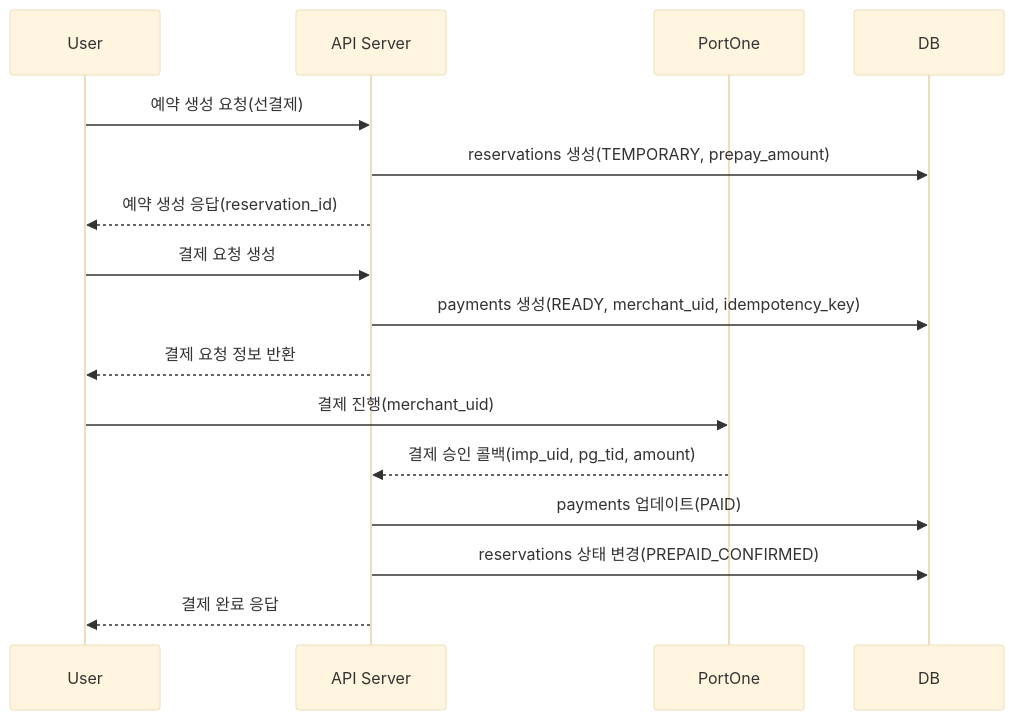
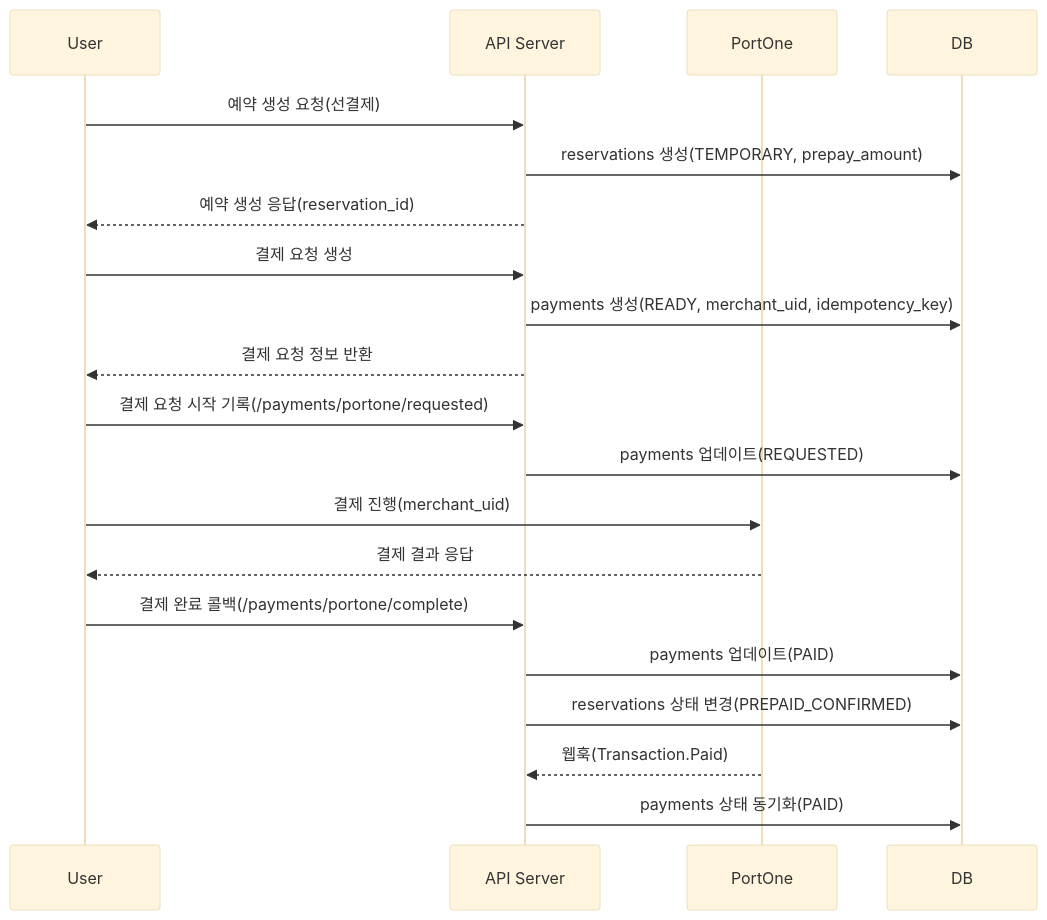
One commit to Santiago-kwp/LunchGO changed the second of 2 diagrams in docs/payment-api-sequence.md. Above: the diagram before and after it, drawn with Mermaid (base theme). The commit also changed other lines of this file and 11 other files, not shown here.

````diff
--- a/docs/payment-api-sequence.md
+++ b/docs/payment-api-sequence.md
@@ -31,21 +36,26 @@
 ```mermaid
 sequenceDiagram
   participant U as User
   participant A as API Server
   participant P as PortOne
   participant D as DB
 
   U->>A: 예약 생성 요청(선결제)
   A->>D: reservations 생성(TEMPORARY, prepay_amount)
   A-->>U: 예약 생성 응답(reservation_id)
 
   U->>A: 결제 요청 생성
   A->>D: payments 생성(READY, merchant_uid, idempotency_key)
   A-->>U: 결제 요청 정보 반환
 
+  U->>A: 결제 요청 시작 기록(/payments/portone/requested)
+  A->>D: payments 업데이트(REQUESTED)
+
   U->>P: 결제 진행(merchant_uid)
-  P-->>A: 결제 승인 콜백(imp_uid, pg_tid, amount)
+  P-->>U: 결제 결과 응답
+  U->>A: 결제 완료 콜백(/payments/portone/complete)
   A->>D: payments 업데이트(PAID)
   A->>D: reservations 상태 변경(PREPAID_CONFIRMED)
-  A-->>U: 결제 완료 응답
+  P-->>A: 웹훅(Transaction.Paid)
+  A->>D: payments 상태 동기화(PAID)
 ```
````
